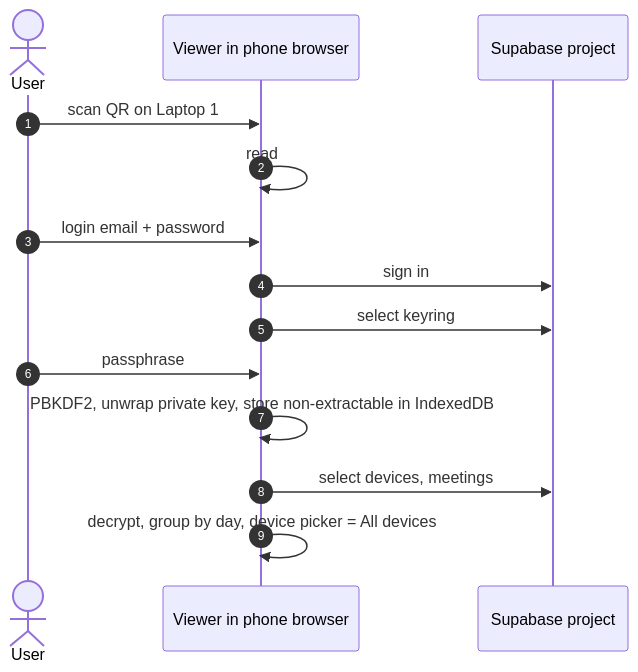
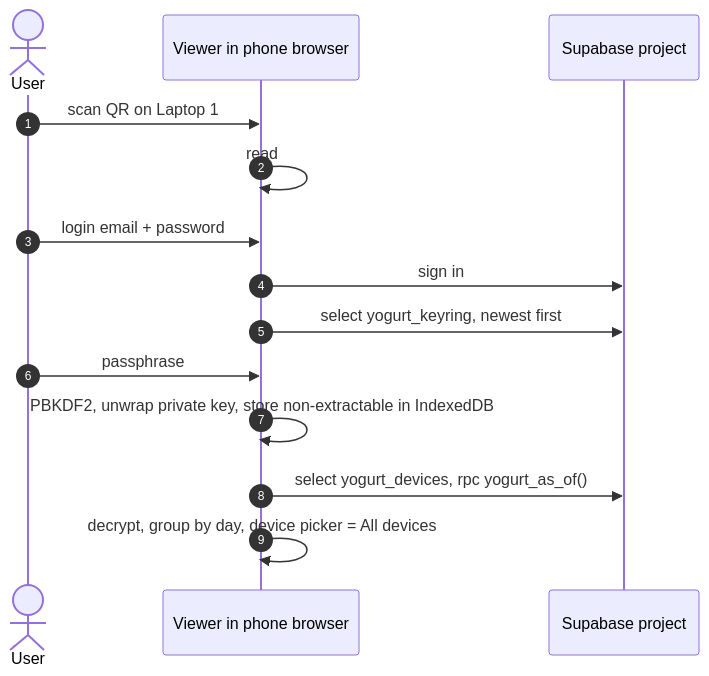
The third of 5 diagrams in docs/.planning/sync-cloud-mirror-design.md (jarvisrchen/yogurt), drawn with Mermaid before and after one commit. The commit also changed other lines of this file and 2 other files, not shown here.

````diff
--- a/docs/.planning/sync-cloud-mirror-design.md
+++ b/docs/.planning/sync-cloud-mirror-design.md
@@ -188,17 +240,17 @@
 ```mermaid
 sequenceDiagram
   autonumber
   actor U as User
   participant V as Viewer in phone browser
   participant P as Supabase project
 
   U->>V: scan QR on Laptop 1
   V->>V: read #c= (URL, publishable key, public key), save in browser
   U->>V: login email + password
   V->>P: sign in
-  V->>P: select keyring
+  V->>P: select yogurt_keyring, newest first
   U->>V: passphrase
   V->>V: PBKDF2, unwrap private key, store non-extractable in IndexedDB
-  V->>P: select devices, meetings
+  V->>P: select yogurt_devices, rpc yogurt_as_of()
   V->>V: decrypt, group by day, device picker = All devices
 ```
````
